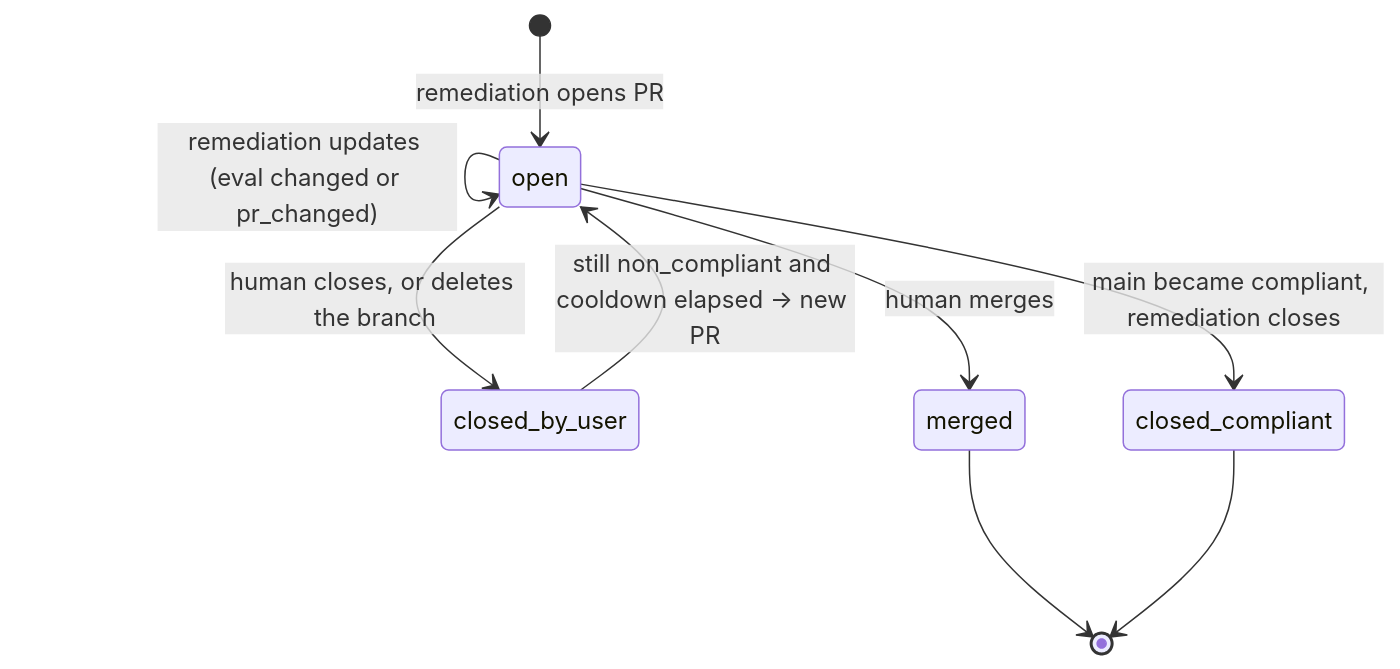
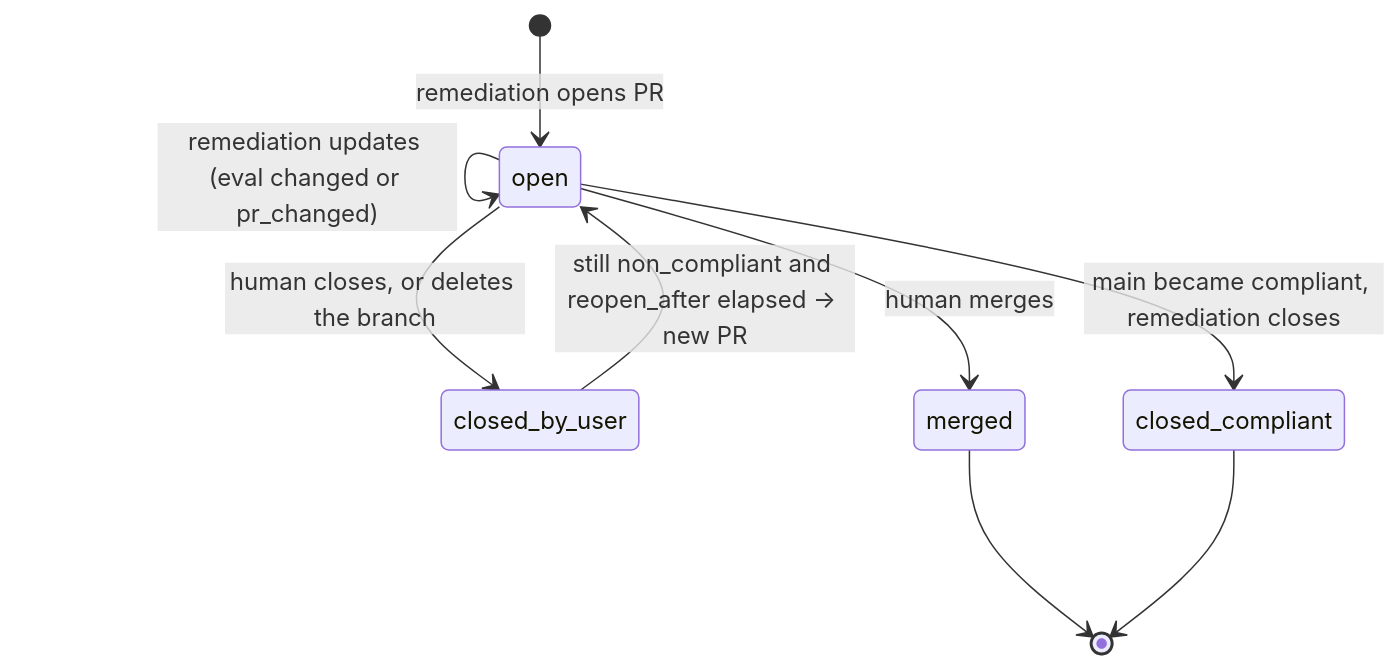
Before and after one commit to donaldgifford/repo-guardian: the third of 3 diagrams in docs/design/0032-evaluation-and-remediation-workflows-change-driven-remediation.md, drawn with Mermaid. The commit also changed other lines of this file and 3 other files, not shown here.

````diff
--- a/docs/design/0032-evaluation-and-remediation-workflows-change-driven-remediation.md
+++ b/docs/design/0032-evaluation-and-remediation-workflows-change-driven-remediation.md
@@ -248,11 +260,11 @@
 ```mermaid
 stateDiagram-v2
     [*] --> open: remediation opens PR
     open --> open: remediation updates (eval changed or pr_changed)
     open --> merged: human merges
     open --> closed_compliant: main became compliant, remediation closes
     open --> closed_by_user: human closes, or deletes the branch
-    closed_by_user --> open: still non_compliant and cooldown elapsed → new PR
+    closed_by_user --> open: still non_compliant and reopen_after elapsed → new PR
     merged --> [*]
     closed_compliant --> [*]
 ```
````
